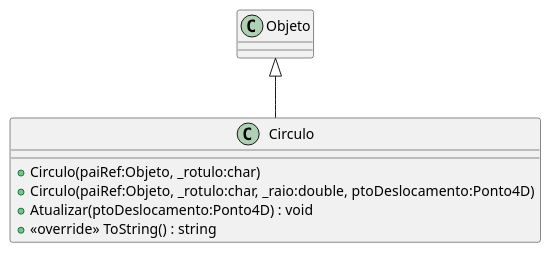
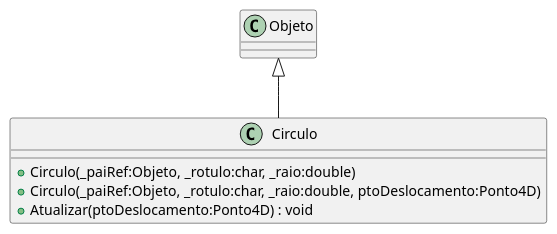
Before and after one commit to gcgfurb/CG_2024-2_not_equipe-09: the diagram in Unidade3/CG_N3_Exemplo/plantuml/Circulo.puml, drawn with PlantUML. The commit also changed 14 other files, not shown here.

```diff
--- a/Unidade3/CG_N3_Exemplo/plantuml/Circulo.puml
+++ b/Unidade3/CG_N3_Exemplo/plantuml/Circulo.puml
@@ -1,9 +1,8 @@
-@startuml
+@startuml CirculoProgram
 class Circulo {
-    + Circulo(paiRef:Objeto, _rotulo:char)
-    + Circulo(paiRef:Objeto, _rotulo:char, _raio:double, ptoDeslocamento:Ponto4D)
+    + Circulo(_paiRef:Objeto, _rotulo:char, _raio:double)
+    + Circulo(_paiRef:Objeto, _rotulo:char, _raio:double, ptoDeslocamento:Ponto4D)
     + Atualizar(ptoDeslocamento:Ponto4D) : void
-    + <<override>> ToString() : string
 }
 Objeto <|-- Circulo
 @enduml
```
